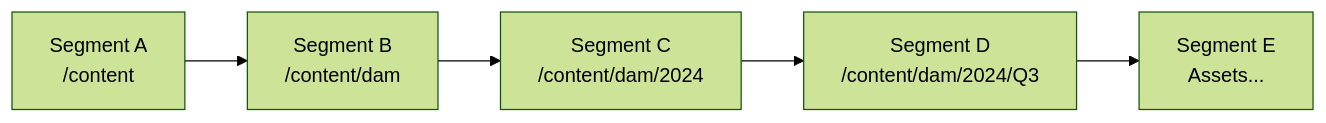
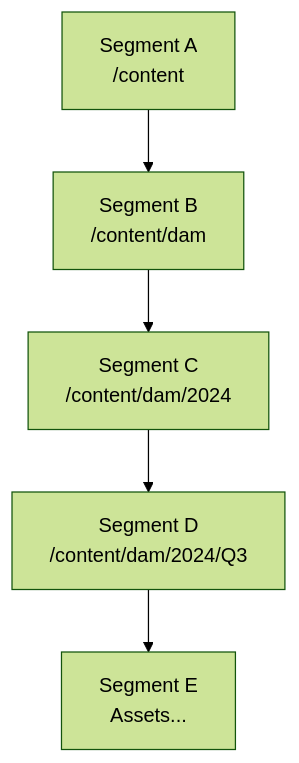
Before and after one commit to somarc/oak-magnum-oakus: the first of 2 diagrams in docs/architecture/segments.md, drawn with Mermaid (forest theme). The commit also changed 24 other files, not shown here.

````diff
--- a/docs/architecture/segments.md
+++ b/docs/architecture/segments.md
@@ -50,7 +50,7 @@
 ```mermaid
-graph LR
+graph TD
     A[Segment A<br/>/content] --> B[Segment B<br/>/content/dam]
     B --> C[Segment C<br/>/content/dam/2024]
     C --> D[Segment D<br/>/content/dam/2024/Q3]
     D --> E[Segment E<br/>Assets...]
 ```
````
